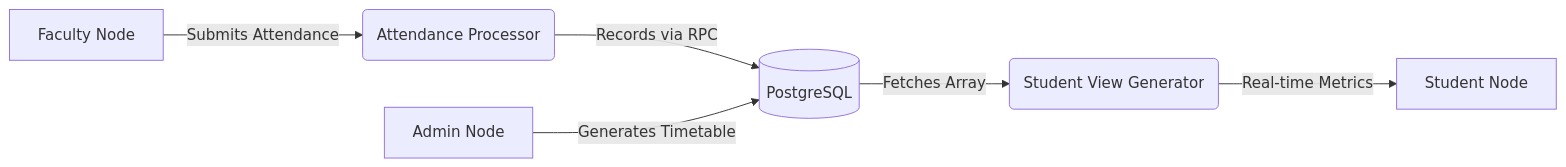
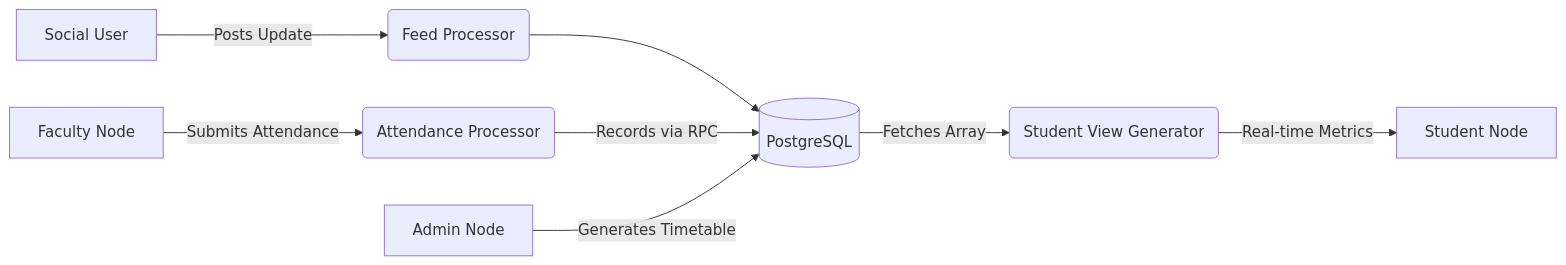
One commit to NavarMP/Arivolam changed the second of 3 diagrams in public/Documentation/4_Project_Record.md. Above: the diagram before and after it, drawn with Mermaid. The commit also changed other lines of this file and 14 other files, not shown here.

````diff
--- a/public/Documentation/4_Project_Record.md
+++ b/public/Documentation/4_Project_Record.md
@@ -179,8 +181,10 @@
 ```mermaid
 graph LR
+    User[Social User] -->|Posts Update| Process0(Feed Processor)
+    Process0 --> DB[(PostgreSQL)]
     Faculty[Faculty Node] -->|Submits Attendance| Process1(Attendance Processor)
-    Process1 -->|Records via RPC| DB[(PostgreSQL)]
+    Process1 -->|Records via RPC| DB
     DB -->|Fetches Array| Process2(Student View Generator)
     Process2 -->|Real-time Metrics| Student[Student Node]
     Admin[Admin Node] -->|Generates Timetable| DB
 ```
````
